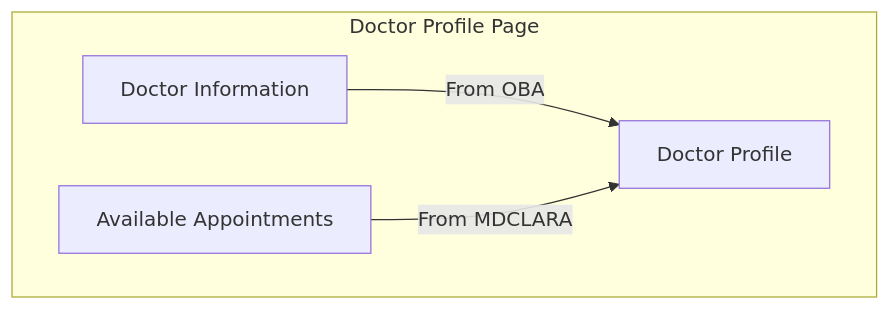
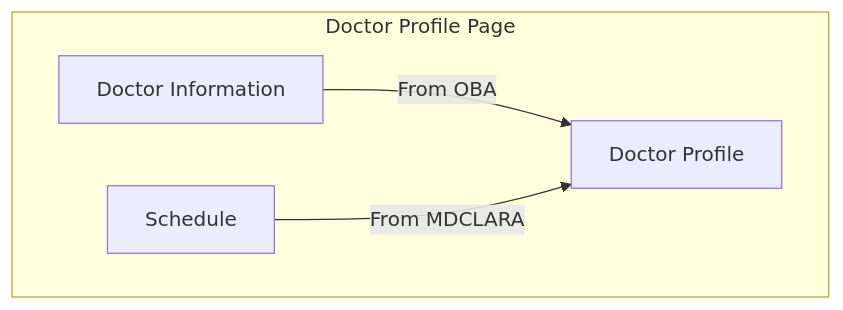
Before and after one commit to MOHAMEDHESMAM8/obahealthclub: the third of 5 diagrams in simple.md, drawn with Mermaid. The commit also changed other lines of this file and 4 other files, not shown here.

````diff
--- a/simple.md
+++ b/simple.md
@@ -54,7 +85,7 @@
 ```mermaid
 graph TD
     subgraph "Doctor Profile Page"
         A[Doctor Information] -->|From OBA| B[Doctor Profile]
-        C[Available Appointments] -->|From MDCLARA| B
+        C[Schedule] -->|From MDCLARA| B
     end
 ```
````
